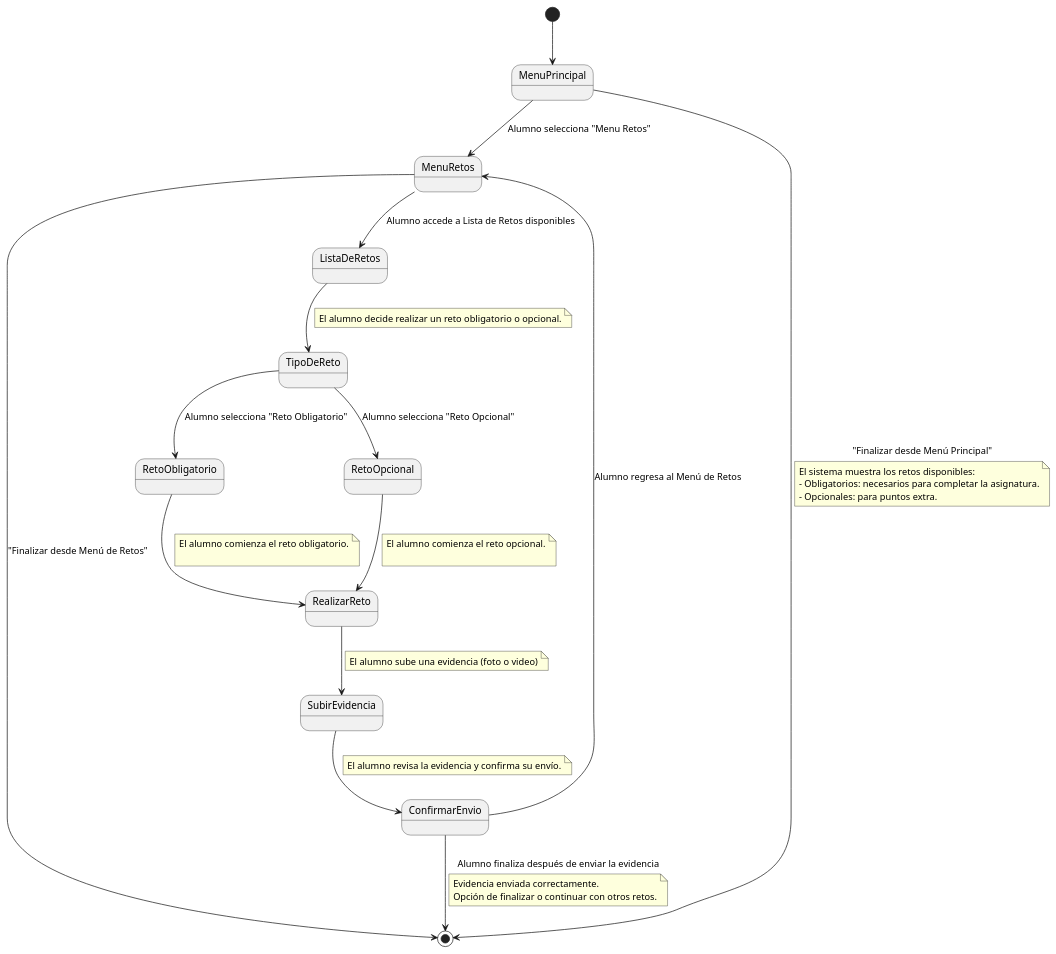
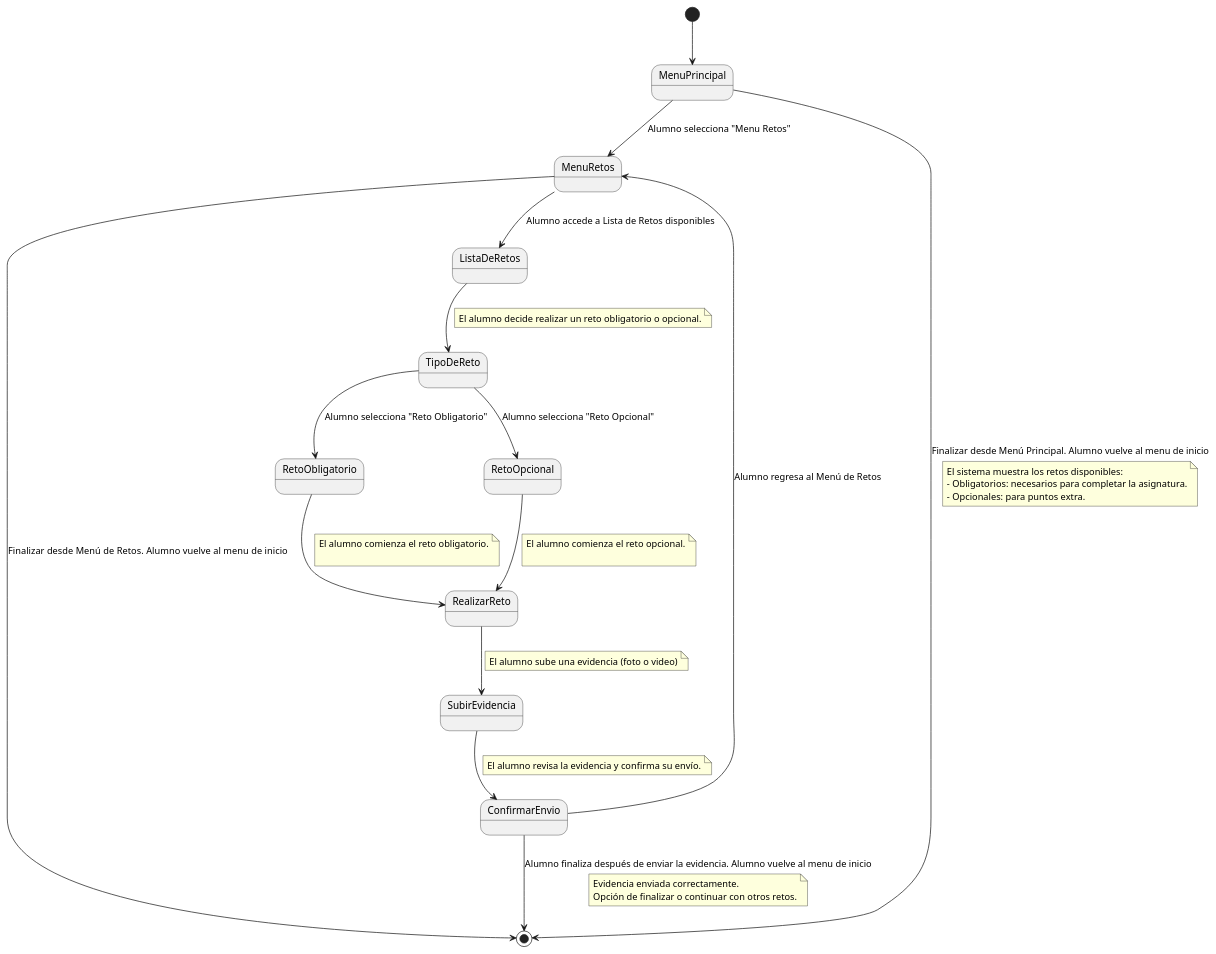
The diagram in Documentos/DetallarCasosDeUso/CompletarRetos.puml (mmasias/24-25-IdSw1-SDR), drawn with PlantUML before and after one commit. The commit also changed 1 other file, not shown here.

```diff
--- a/Documentos/DetallarCasosDeUso/CompletarRetos.puml
+++ b/Documentos/DetallarCasosDeUso/CompletarRetos.puml
@@ -1,56 +1,53 @@
 @startuml
 
 [*] --> MenuPrincipal 
 
 MenuPrincipal --> MenuRetos : Alumno selecciona "Menu Retos"
-MenuPrincipal --> [*] : "Finalizar desde Menú Principal"
+MenuPrincipal --> [*] : Finalizar desde Menú Principal. Alumno vuelve al menu de inicio
 note on link
     El sistema muestra los retos disponibles:
     - Obligatorios: necesarios para completar la asignatura.
     - Opcionales: para puntos extra.
 end note
 MenuRetos --> ListaDeRetos : Alumno accede a Lista de Retos disponibles
-MenuRetos --> [*] : "Finalizar desde Menú de Retos"
+MenuRetos --> [*] : Finalizar desde Menú de Retos.  Alumno vuelve al menu de inicio
 
 
 ListaDeRetos --> TipoDeReto
 note on link
     El alumno decide realizar un reto obligatorio o opcional.
 end note
 
 state TipoDeReto <<choice>>
 TipoDeReto --> RetoObligatorio : Alumno selecciona "Reto Obligatorio"
 TipoDeReto --> RetoOpcional : Alumno selecciona "Reto Opcional"
 
 RetoObligatorio --> RealizarReto
 note on link
     El alumno comienza el reto obligatorio.
     
 end note
 
 RetoOpcional --> RealizarReto
 note on link
     El alumno comienza el reto opcional.
     
 end note
 
 RealizarReto --> SubirEvidencia
 note on link
     El alumno sube una evidencia (foto o video)
 end note
 
 SubirEvidencia --> ConfirmarEnvio
 note on link
     El alumno revisa la evidencia y confirma su envío.
 end note
 
 ConfirmarEnvio --> MenuRetos : Alumno regresa al Menú de Retos
-ConfirmarEnvio --> [*] : Alumno finaliza después de enviar la evidencia
+ConfirmarEnvio --> [*] : Alumno finaliza después de enviar la evidencia. Alumno vuelve al menu de inicio
 note on link
     Evidencia enviada correctamente. 
     Opción de finalizar o continuar con otros retos.
 end note
-
-
-
 @enduml
```
